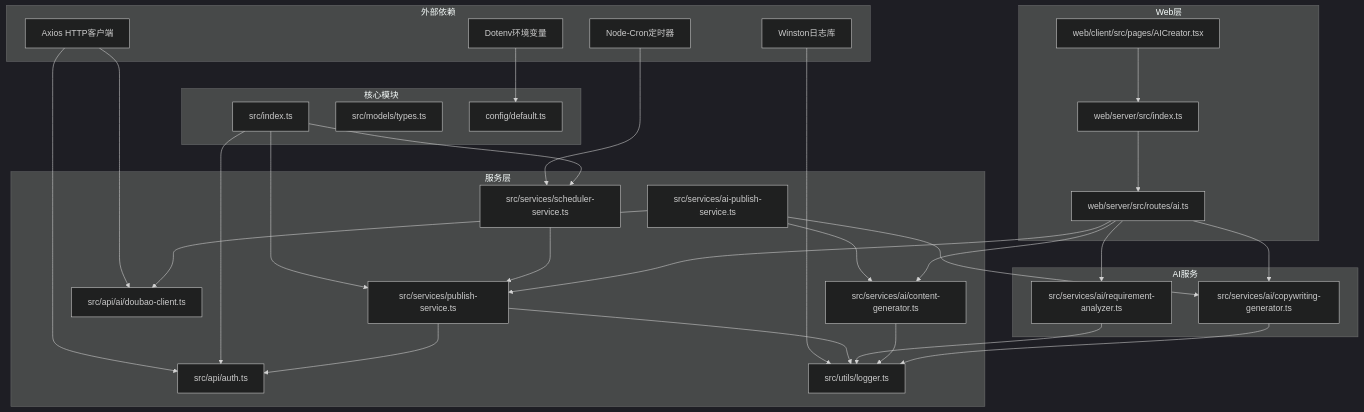
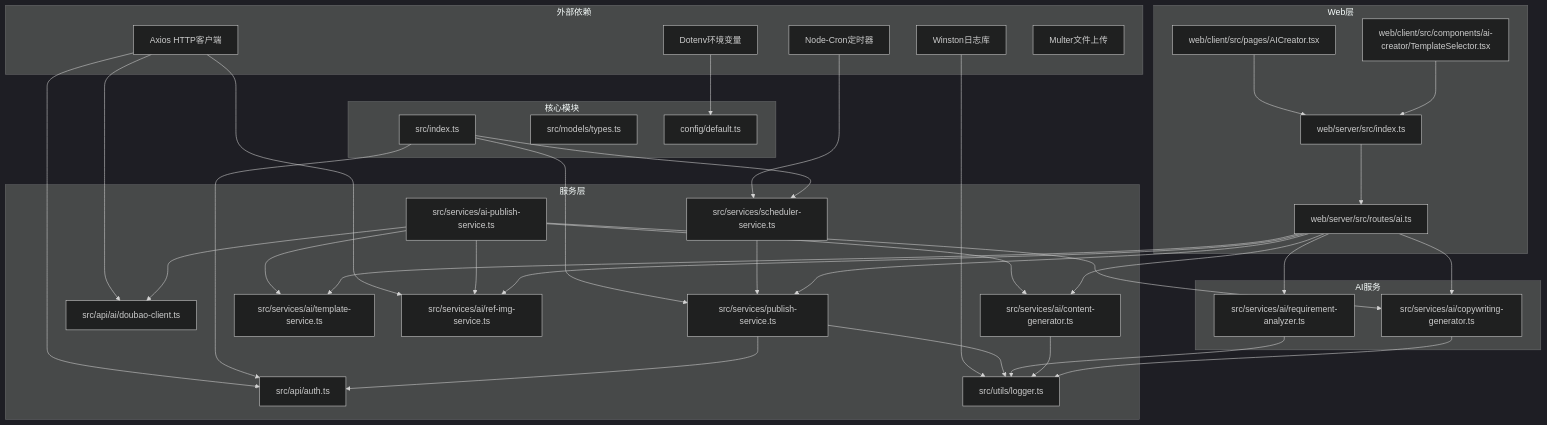
Diagram 11 of 11 in .qoder/repowiki/zh/content/核心模块详解/AI内容生成系统.md (songdiyang/clawOperations), drawn with Mermaid (dark theme) before and after one commit. The commit also changed other lines of this file and 7 other files, not shown here.

````diff
--- a/.qoder/repowiki/zh/content/核心模块详解/AI内容生成系统.md
+++ b/.qoder/repowiki/zh/content/核心模块详解/AI内容生成系统.md
@@ -520,55 +590,65 @@
 ```mermaid
 graph TB
 subgraph "外部依赖"
 Axios[Axios HTTP客户端]
 Winston[Winston日志库]
 NodeCron[Node-Cron定时器]
 Dotenv[Dotenv环境变量]
+Multer[Multer文件上传]
 end
 subgraph "核心模块"
 Index[src/index.ts]
 Types[src/models/types.ts]
 Config[config/default.ts]
 end
 subgraph "服务层"
 Auth[src/api/auth.ts]
 Publish[src/services/publish-service.ts]
 Scheduler[src/services/scheduler-service.ts]
 Logger[src/utils/logger.ts]
 AIPublish[src/services/ai-publish-service.ts]
 DoubaoClient[src/api/ai/doubao-client.ts]
 ContentGen[src/services/ai/content-generator.ts]
+TemplateService[src/services/ai/template-service.ts]
+RefImgService[src/services/ai/ref-img-service.ts]
 end
 subgraph "AI服务"
 ReqAnalyzer[src/services/ai/requirement-analyzer.ts]
 Copywriter[src/services/ai/copywriting-generator.ts]
 end
 subgraph "Web层"
 Server[web/server/src/index.ts]
 Routes[web/server/src/routes/ai.ts]
 Client[web/client/src/pages/AICreator.tsx]
+TemplateSelector[web/client/src/components/ai-creator/TemplateSelector.tsx]
 end
 Axios --> Auth
 Axios --> DoubaoClient
+Axios --> RefImgService
 Winston --> Logger
 NodeCron --> Scheduler
 Dotenv --> Config
 Index --> Auth
 Index --> Publish
 Index --> Scheduler
 Publish --> Auth
 Publish --> Logger
 Scheduler --> Publish
 AIPublish --> DoubaoClient
 AIPublish --> ContentGen
 AIPublish --> Copywriter
+AIPublish --> TemplateService
+AIPublish --> RefImgService
 ReqAnalyzer --> Logger
 ContentGen --> Logger
 Copywriter --> Logger
 Server --> Routes
 Routes --> ReqAnalyzer
 Routes --> ContentGen
 Routes --> Copywriter
 Routes --> Publish
+Routes --> TemplateService
+Routes --> RefImgService
 Client --> Server
+TemplateSelector --> Server
 ```
````
